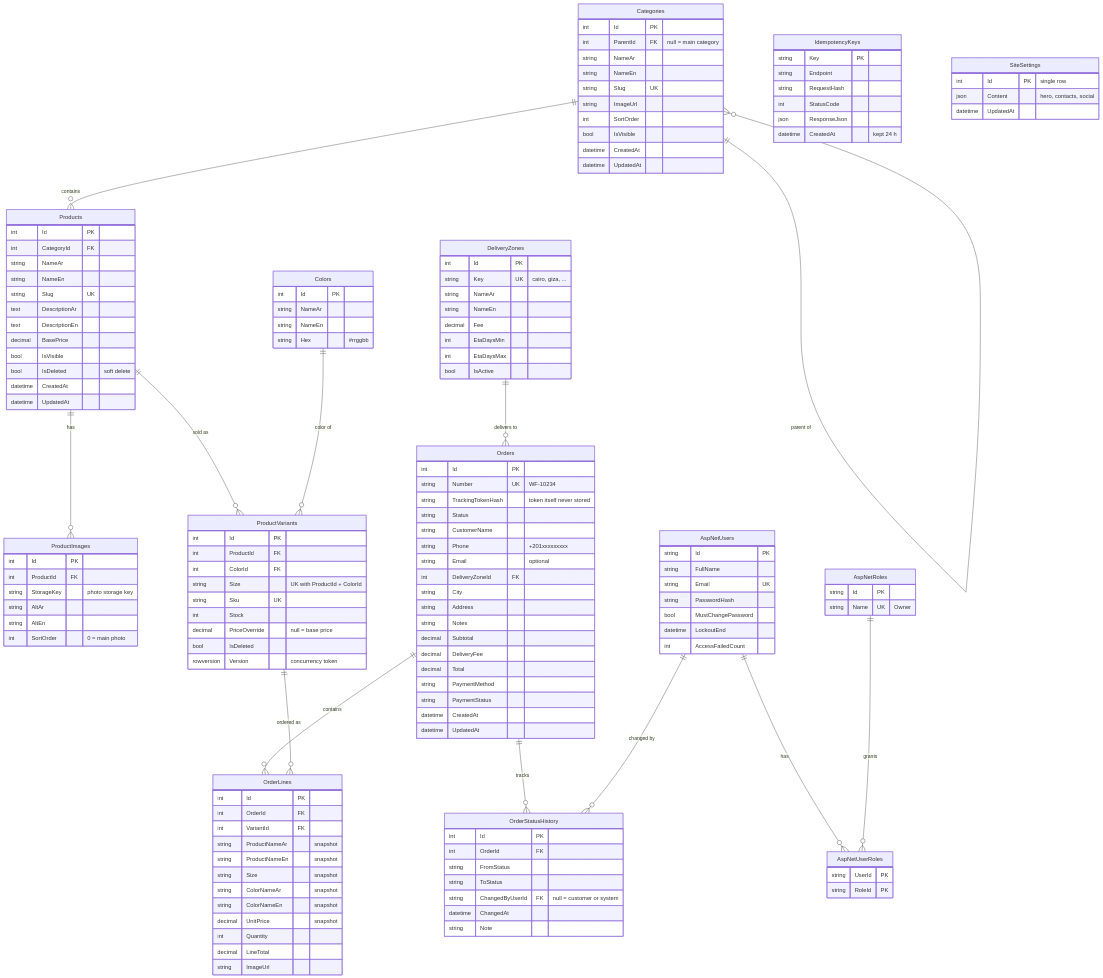
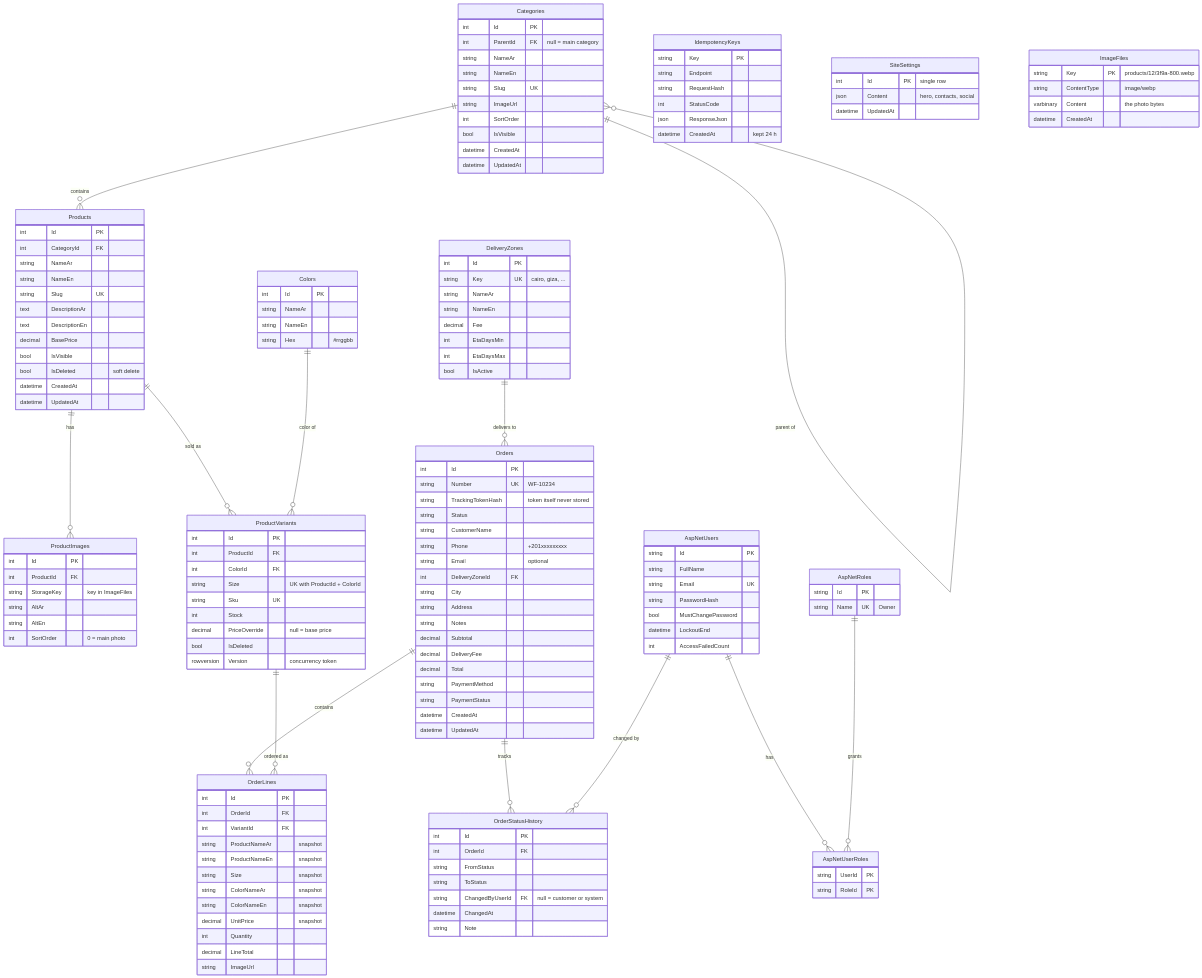
Before and after one commit to xYoussefJoo/WEFT: the diagram in docs/database-erd.mmd, drawn with Mermaid. The commit also changed 22 other files, not shown here.

```diff
--- a/docs/database-erd.mmd
+++ b/docs/database-erd.mmd
@@ -1,153 +1,159 @@
 erDiagram
     %% ===== Catalog =====
     Categories ||--o{ Categories : "parent of"
     Categories ||--o{ Products : contains
     Products ||--o{ ProductImages : has
     Products ||--o{ ProductVariants : "sold as"
     Colors ||--o{ ProductVariants : "color of"
 
     %% ===== Orders =====
     DeliveryZones ||--o{ Orders : "delivers to"
     Orders ||--o{ OrderLines : contains
     ProductVariants ||--o{ OrderLines : "ordered as"
     Orders ||--o{ OrderStatusHistory : tracks
     AspNetUsers ||--o{ OrderStatusHistory : "changed by"
 
     %% ===== Identity (owner only) =====
     AspNetUsers ||--o{ AspNetUserRoles : has
     AspNetRoles ||--o{ AspNetUserRoles : grants
 
     Categories {
         int Id PK
         int ParentId FK "null = main category"
         string NameAr
         string NameEn
         string Slug UK
         string ImageUrl
         int SortOrder
         bool IsVisible
         datetime CreatedAt
         datetime UpdatedAt
     }
     Products {
         int Id PK
         int CategoryId FK
         string NameAr
         string NameEn
         string Slug UK
         text DescriptionAr
         text DescriptionEn
         decimal BasePrice
         bool IsVisible
         bool IsDeleted "soft delete"
         datetime CreatedAt
         datetime UpdatedAt
     }
     ProductImages {
         int Id PK
         int ProductId FK
-        string StorageKey "photo storage key"
+        string StorageKey "key in ImageFiles"
         string AltAr
         string AltEn
         int SortOrder "0 = main photo"
     }
     ProductVariants {
         int Id PK
         int ProductId FK
         int ColorId FK
         string Size "UK with ProductId + ColorId"
         string Sku UK
         int Stock
         decimal PriceOverride "null = base price"
         bool IsDeleted
         rowversion Version "concurrency token"
     }
     Colors {
         int Id PK
         string NameAr
         string NameEn
         string Hex "#rrggbb"
     }
     DeliveryZones {
         int Id PK
         string Key UK "cairo, giza, ..."
         string NameAr
         string NameEn
         decimal Fee
         int EtaDaysMin
         int EtaDaysMax
         bool IsActive
     }
     Orders {
         int Id PK
         string Number UK "WF-10234"
         string TrackingTokenHash "token itself never stored"
         string Status
         string CustomerName
         string Phone "+201xxxxxxxxx"
         string Email "optional"
         int DeliveryZoneId FK
         string City
         string Address
         string Notes
         decimal Subtotal
         decimal DeliveryFee
         decimal Total
         string PaymentMethod
         string PaymentStatus
         datetime CreatedAt
         datetime UpdatedAt
     }
     OrderLines {
         int Id PK
         int OrderId FK
         int VariantId FK
         string ProductNameAr "snapshot"
         string ProductNameEn "snapshot"
         string Size "snapshot"
         string ColorNameAr "snapshot"
         string ColorNameEn "snapshot"
         decimal UnitPrice "snapshot"
         int Quantity
         decimal LineTotal
         string ImageUrl
     }
     OrderStatusHistory {
         int Id PK
         int OrderId FK
         string FromStatus
         string ToStatus
         string ChangedByUserId FK "null = customer or system"
         datetime ChangedAt
         string Note
     }
     IdempotencyKeys {
         string Key PK
         string Endpoint
         string RequestHash
         int StatusCode
         json ResponseJson
         datetime CreatedAt "kept 24 h"
     }
     SiteSettings {
         int Id PK "single row"
         json Content "hero, contacts, social"
         datetime UpdatedAt
     }
+    ImageFiles {
+        string Key PK "products/12/3f9a-800.webp"
+        string ContentType "image/webp"
+        varbinary Content "the photo bytes"
+        datetime CreatedAt
+    }
     AspNetUsers {
         string Id PK
         string FullName
         string Email UK
         string PasswordHash
         bool MustChangePassword
         datetime LockoutEnd
         int AccessFailedCount
     }
     AspNetRoles {
         string Id PK
         string Name UK "Owner"
     }
     AspNetUserRoles {
         string UserId PK
         string RoleId PK
     }
```
